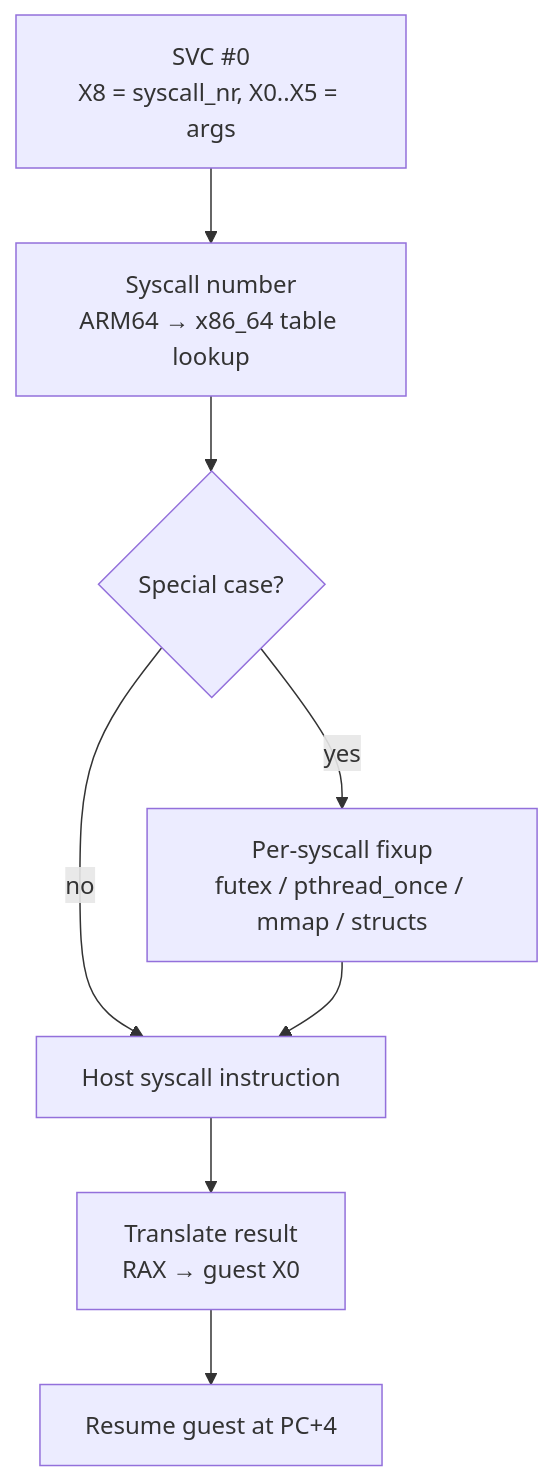
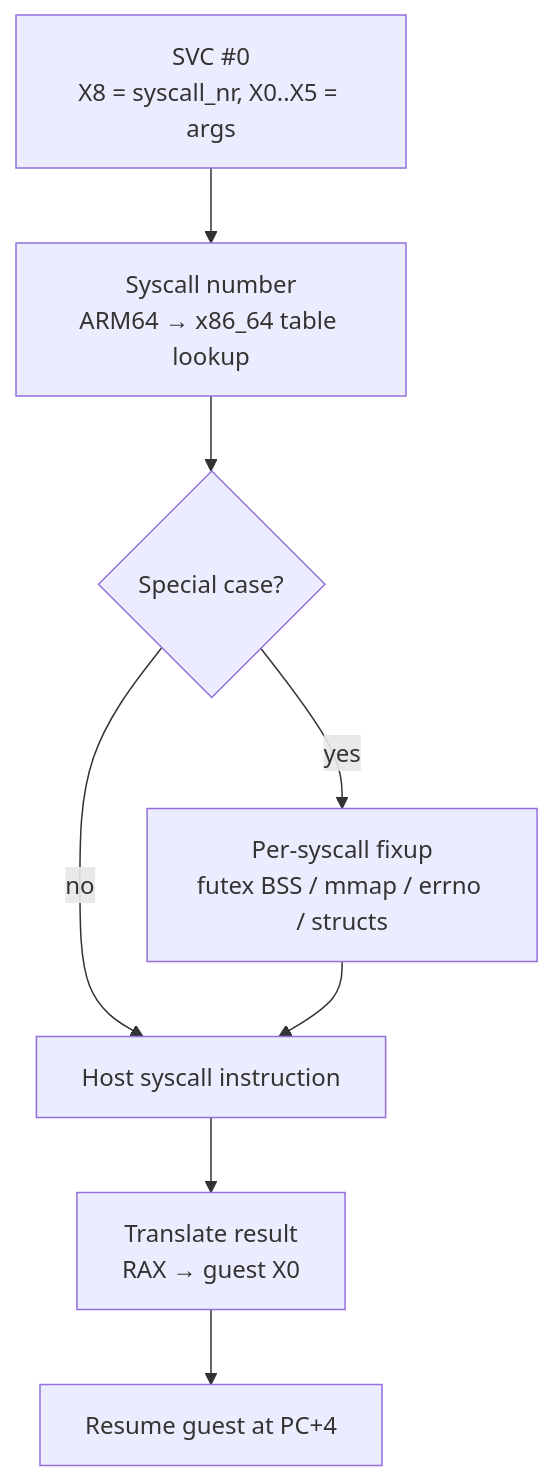
Diagram 46 of 47 in docs/how-it-works.md (DigitalisX64/digitalis), drawn with Mermaid before and after one commit. The commit also changed other lines of this file, not shown here.

````diff
--- a/docs/how-it-works.md
+++ b/docs/how-it-works.md
@@ -2877,10 +2880,10 @@
 ```mermaid
 flowchart TD
     SVC["SVC #0<br/>X8 = syscall_nr, X0..X5 = args"] --> TRX["Syscall number<br/>ARM64 → x86_64 table lookup"]
     TRX --> SPEC{Special case?}
-    SPEC -- yes --> FIX["Per-syscall fixup<br/>futex / pthread_once / mmap / structs"]
+    SPEC -- yes --> FIX["Per-syscall fixup<br/>futex BSS / mmap / errno / structs"]
     SPEC -- no --> HOST[Host syscall instruction]
     FIX --> HOST
     HOST --> RET["Translate result<br/>RAX → guest X0"]
     RET --> RES[Resume guest at PC+4]
 ```
````
